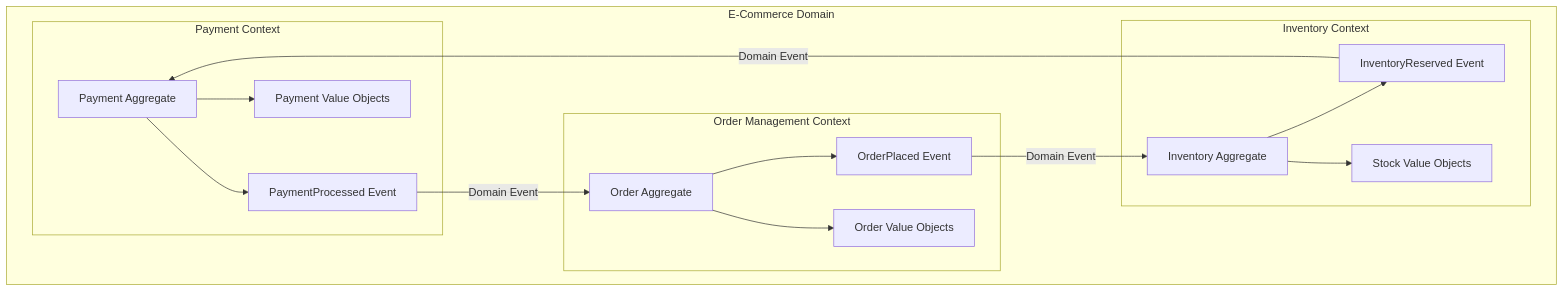
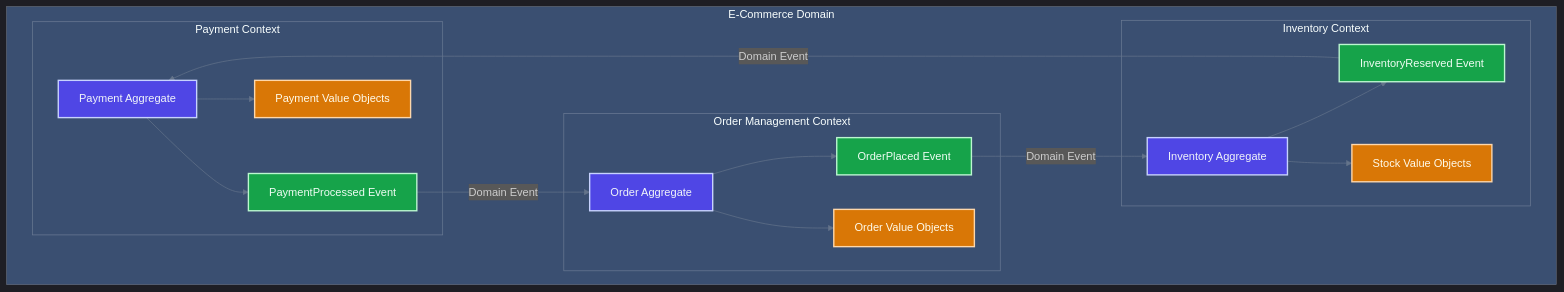
The diagram in .claude/agents/ddd-expert.md (TheCowboyAI/cim-start), drawn with Mermaid before and after one commit. The commit also changed other lines of this file and 33 other files, not shown here.

````diff
--- a/.claude/agents/ddd-expert.md
+++ b/.claude/agents/ddd-expert.md
@@ -664,23 +669,32 @@
 ```mermaid
+%%{init: {"theme":"dark","themeVariables":{"primaryColor":"#4f46e5","primaryTextColor":"#f8fafc","primaryBorderColor":"#6366f1","lineColor":"#64748b","secondaryColor":"#1e293b","tertiaryColor":"#0f172a","background":"#0f172a","mainBkg":"#1e293b","secondBkg":"#334155","tertiaryBkg":"#475569"}}}%%
 graph TB
     subgraph "E-Commerce Domain"
         subgraph "Order Management Context"
             OA[Order Aggregate] --> OE[OrderPlaced Event]
             OA --> OV[Order Value Objects]
         end
         
         subgraph "Inventory Context"
             IA[Inventory Aggregate] --> IE[InventoryReserved Event]
             IA --> IV[Stock Value Objects]
         end
         
         subgraph "Payment Context"
             PA[Payment Aggregate] --> PE[PaymentProcessed Event]
             PA --> PV[Payment Value Objects]
         end
     end
     
     OE --> |Domain Event| IA
     IE --> |Domain Event| PA
     PE --> |Domain Event| OA
+    
+    classDef aggregateNode fill:#4f46e5,stroke:#c7d2fe,stroke-width:2px,color:#f1f5f9
+    classDef eventNode fill:#16a34a,stroke:#bbf7d0,stroke-width:2px,color:#f0fdf4
+    classDef valueNode fill:#d97706,stroke:#fed7aa,stroke-width:2px,color:#fffbeb
+    
+    class OA,IA,PA aggregateNode
+    class OE,IE,PE eventNode
+    class OV,IV,PV valueNode
 ```
````
